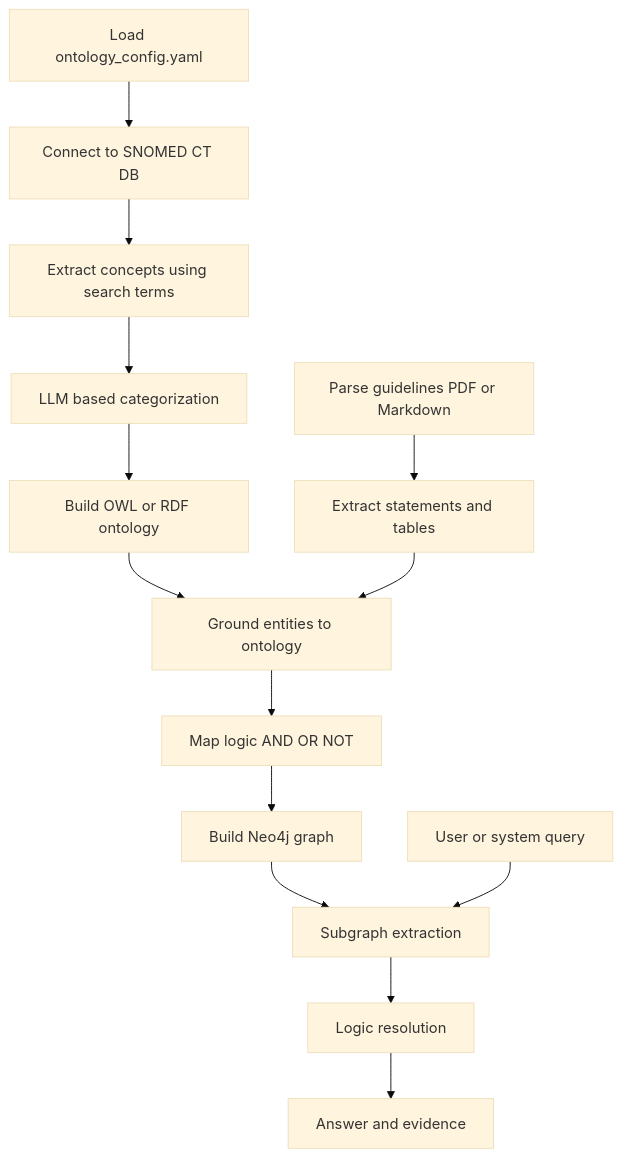
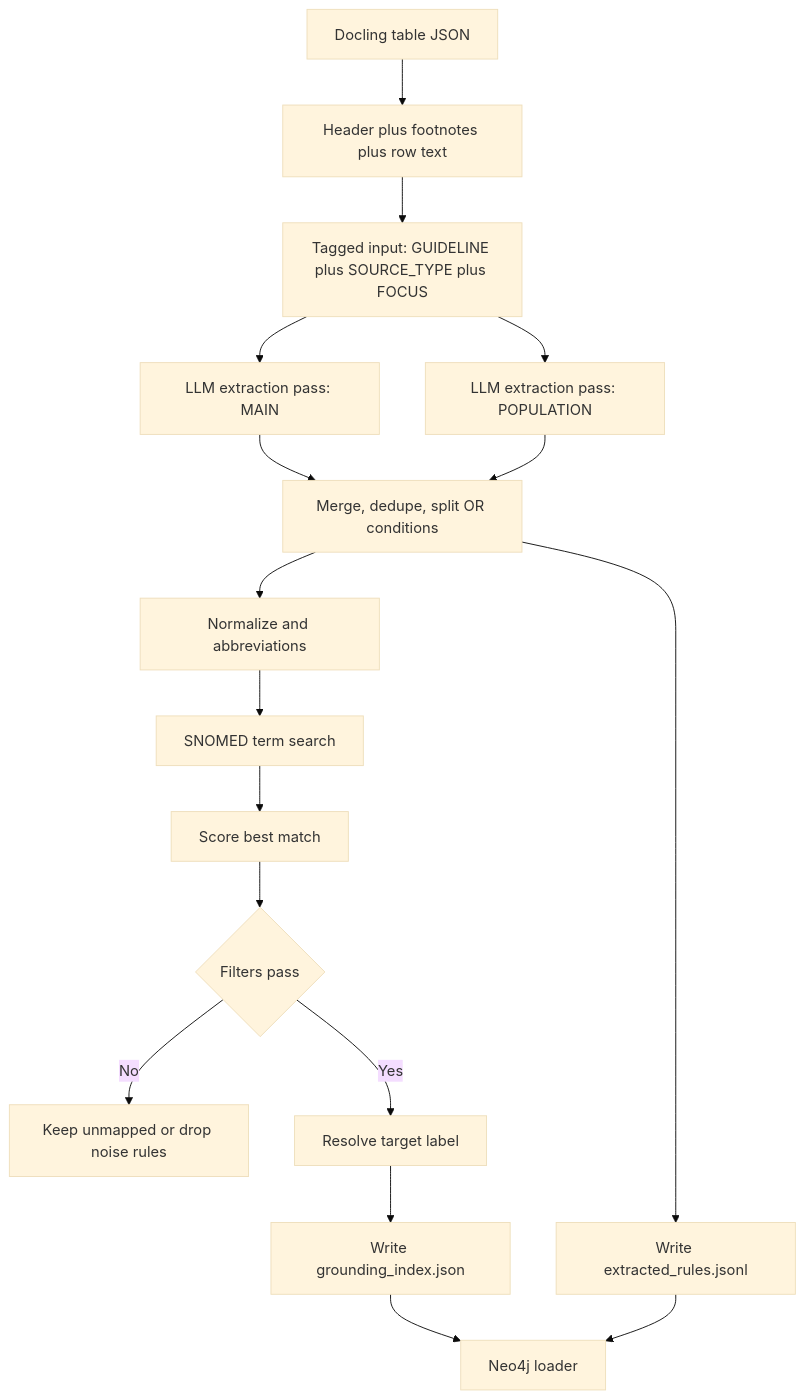
The third of 3 diagrams in README.md (dieterich-lab/CardioGuidelinesGraph), drawn with Mermaid (base theme) before and after one commit. The commit also changed other lines of this file and 78 other files, not shown here.

````diff
--- a/README.md
+++ b/README.md
@@ -74,16 +140,19 @@
 ```mermaid
 flowchart TD
-  A1[Load ontology_config.yaml] --> A2[Connect to SNOMED CT DB]
-  A2 --> A3[Extract concepts using search terms]
-  A3 --> A4[LLM based categorization]
-  A4 --> A5[Build OWL or RDF ontology]
-  A5 --> B3
-  B1[Parse guidelines PDF or Markdown] --> B2[Extract statements and tables]
-  B2 --> B3[Ground entities to ontology]
-  B3 --> B4[Map logic AND OR NOT]
-  B4 --> B5[Build Neo4j graph]
-  B5 --> C2
-  C1[User or system query] --> C2[Subgraph extraction]
-  C2 --> C3[Logic resolution]
-  C3 --> C4[Answer and evidence]
+  A[Docling table JSON] --> B[Header plus footnotes plus row text]
+  B --> C[Tagged input: GUIDELINE plus SOURCE_TYPE plus FOCUS]
+  C --> D[LLM extraction pass: MAIN]
+  C --> E[LLM extraction pass: POPULATION]
+  D --> F[Merge, dedupe, split OR conditions]
+  E --> F
+  F --> G[Normalize and abbreviations]
+  G --> H[SNOMED term search]
+  H --> I[Score best match]
+  I --> J{Filters pass}
+  J -- No --> K[Keep unmapped or drop noise rules]
+  J -- Yes --> L[Resolve target label]
+  L --> M[Write grounding_index.json]
+  F --> N[Write extracted_rules.jsonl]
+  M --> O[Neo4j loader]
+  N --> O
 ```
````
